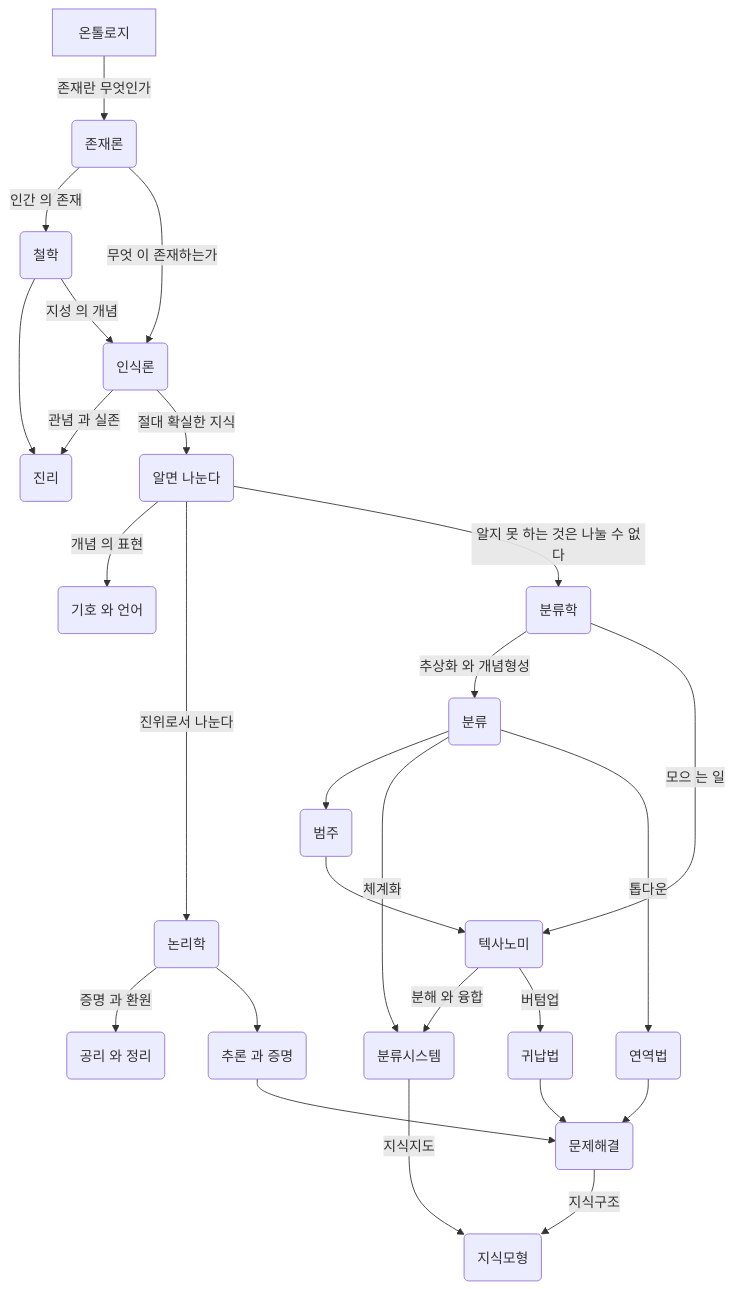
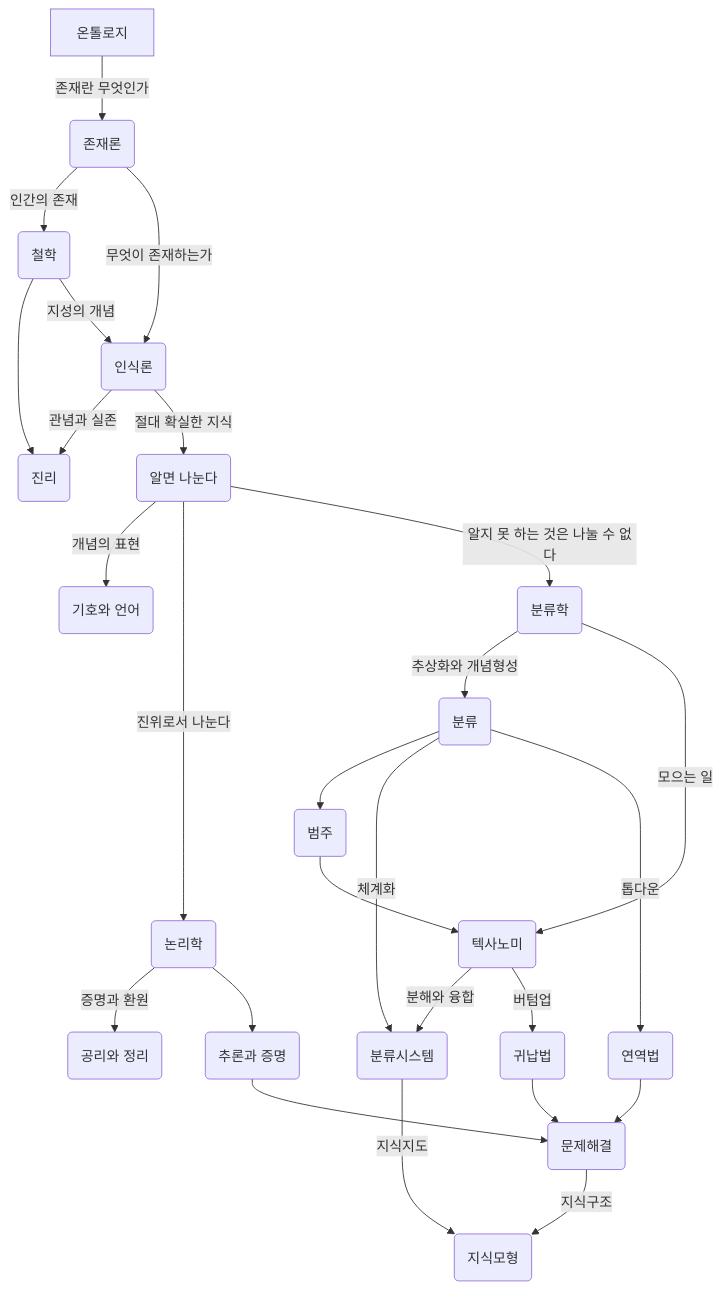
The diagram in pages/bib/20240402T011718.md (junghan0611/garden2wikidocs), drawn with Mermaid before and after one commit. The commit also changed other lines of this file and 588 other files, not shown here.

````diff
--- a/pages/bib/20240402T011718.md
+++ b/pages/bib/20240402T011718.md
@@ -394,30 +394,30 @@
 ```mermaid
-%% 그림1-6 온톨로지 알고리즘 의 K-Map
+%% 그림1-6 온톨로지 알고리즘의 K-Map
 
 flowchart TD
 A[온톨로지] -->|존재란 무엇인가| B(존재론)
-B -->|인간 의 존재| C(철학)
-B -->|무엇 이 존재하는가| D(인식론)
+B -->|인간의 존재| C(철학)
+B -->|무엇이 존재하는가| D(인식론)
 C --> E(진리)
-C --> |지성 의 개념|D
-D --> |관념 과 실존|E
+C --> |지성의 개념|D
+D --> |관념과 실존|E
 D --> |절대 확실한 지식| F(알면 나눈다)
-F --> |개념 의 표현| G(기호 와 언어)
+F --> |개념의 표현| G(기호와 언어)
 F --> |진위로서 나눈다| H(논리학)
-F --> |알지 못 하는 것은 나눌 수 없다| I(분류학)
-H --> |증명 과 환원| J(공리 와 정리)
-H --> K(추론 과 증명)
+F --> |알지 못 하는 것은 나눌 수 없다| I(분류학)
+H --> |증명과 환원| J(공리와 정리)
+H --> K(추론과 증명)
 K --> L(문제해결)
-I --> |추상화 와 개념형성| M(분류)
-I --> |모으 는 일| N(텍사노미)
+I --> |추상화와 개념형성| M(분류)
+I --> |모으는 일| N(텍사노미)
 M --> O(범주)
 O --> N
 M --> |체계화| P(분류시스템)
 M --> |톱다운| Q(연역법)
-N --> |분해 와 융합|P
+N --> |분해와 융합|P
 N --> |버텀업| R(귀납법)
 P --> |지식지도| S(지식모형)
 Q --> L(문제해결)
 R --> L
 L --> |지식구조| S
 ```
````
